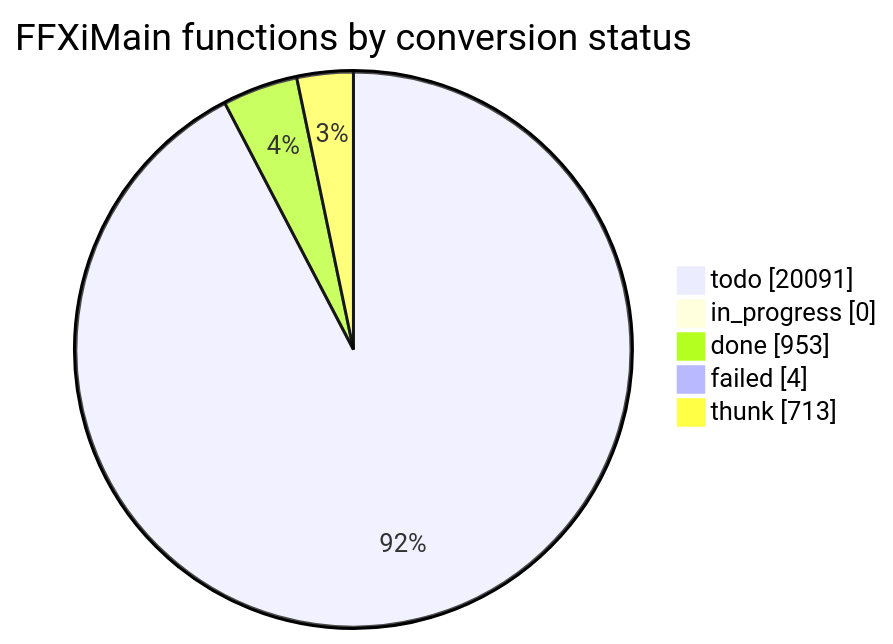
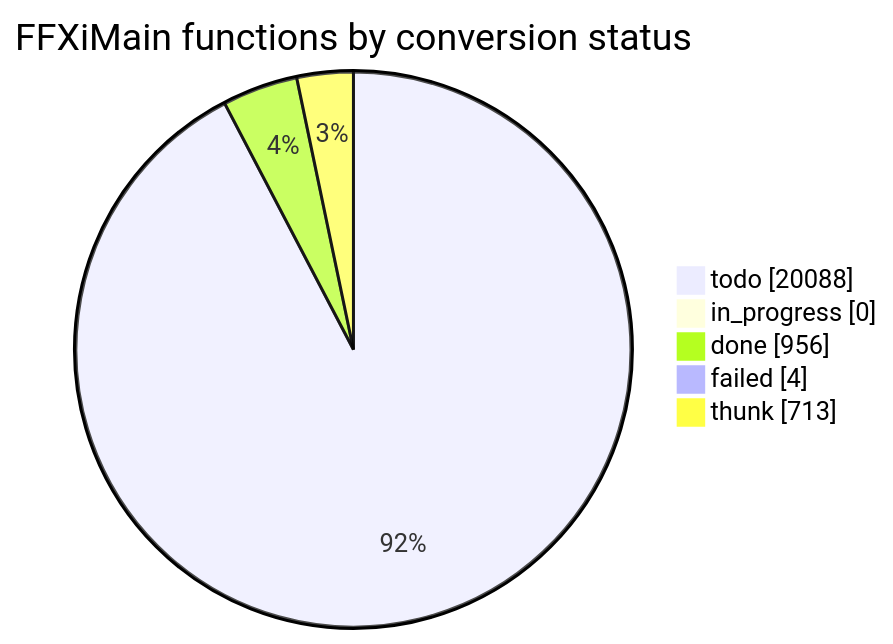
The diagram in docs/cow/STATUS.md (cowrevenge/cow_kuluu_xi_anything), drawn with Mermaid before and after one commit. The commit also changed other lines of this file and 18 other files, not shown here.

````diff
--- a/docs/cow/STATUS.md
+++ b/docs/cow/STATUS.md
@@ -18,9 +18,9 @@
 ```mermaid
 pie showData
     title FFXiMain functions by conversion status
-    "todo" : 20091
+    "todo" : 20088
     "in_progress" : 0
-    "done" : 953
+    "done" : 956
     "failed" : 4
     "thunk" : 713
 ```
````
